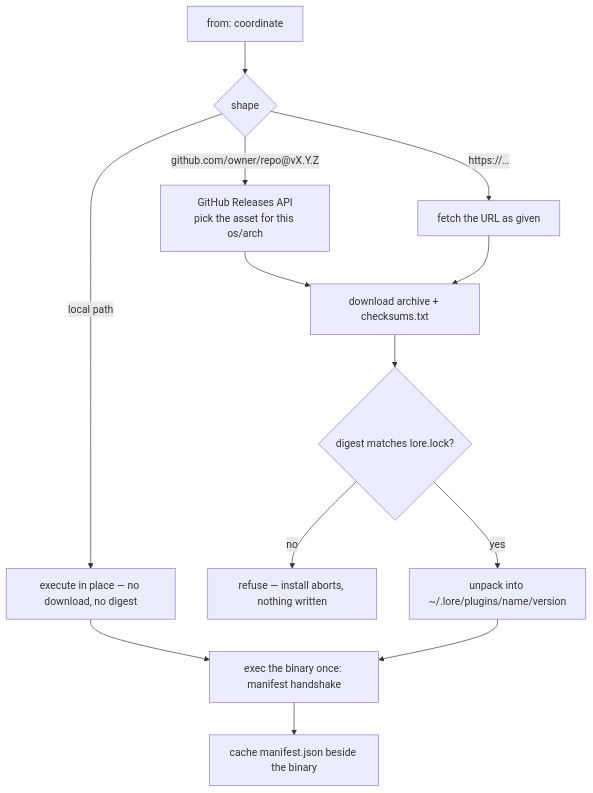
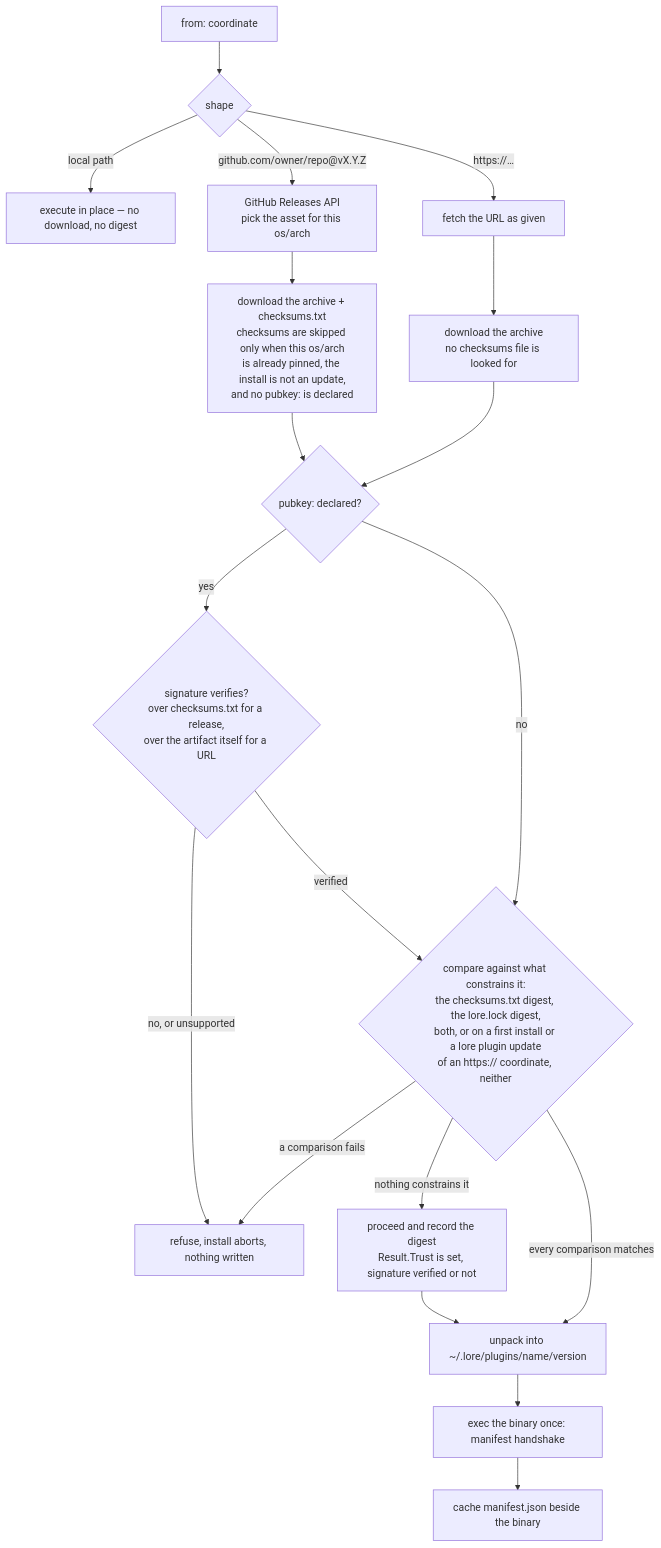
Before and after one commit to setthasit/Lore: the diagram in docs/v3/10-plugin-distribution.md, drawn with Mermaid. The commit also changed other lines of this file, not shown here.

Commit message:
[AI] say what each install shape verifies

````diff
--- a/docs/v3/10-plugin-distribution.md
+++ b/docs/v3/10-plugin-distribution.md
@@ -72,15 +93,21 @@
 ```mermaid
 flowchart TB
     C["from: coordinate"] --> K{shape}
     K -->|"local path"| L["execute in place — no download, no digest"]
     K -->|"github.com/owner/repo@vX.Y.Z"| G["GitHub Releases API<br/>pick the asset for this os/arch"]
     K -->|"https://…"| U["fetch the URL as given"]
-    G --> D["download archive + checksums.txt"]
-    U --> D
-    D --> V{"digest matches lore.lock?"}
-    V -->|no| X["refuse — install aborts, nothing written"]
-    V -->|yes| P["unpack into ~/.lore/plugins/name/version"]
-    L --> M
+    G --> GC["download the archive + checksums.txt<br/>checksums are skipped only when this os/arch<br/>is already pinned, the install is not an update,<br/>and no pubkey: is declared"]
+    U --> UA["download the archive<br/>no checksums file is looked for"]
+    GC --> S
+    UA --> S{"pubkey: declared?"}
+    S -->|"yes"| SV{"signature verifies?<br/>over checksums.txt for a release,<br/>over the artifact itself for a URL"}
+    S -->|"no"| V
+    SV -->|"no, or unsupported"| X
+    SV -->|"verified"| V{"compare against what constrains it:<br/>the checksums.txt digest, the lore.lock digest,<br/>both, or on a first install or a lore plugin update<br/>of an https:// coordinate, neither"}
+    V -->|"a comparison fails"| X["refuse, install aborts, nothing written"]
+    V -->|"nothing constrains it"| T["proceed and record the digest<br/>Result.Trust is set, signature verified or not"]
+    V -->|"every comparison matches"| P["unpack into ~/.lore/plugins/name/version"]
+    T --> P
     P --> M["exec the binary once: manifest handshake"]
     M --> J["cache manifest.json beside the binary"]
 ```
````
